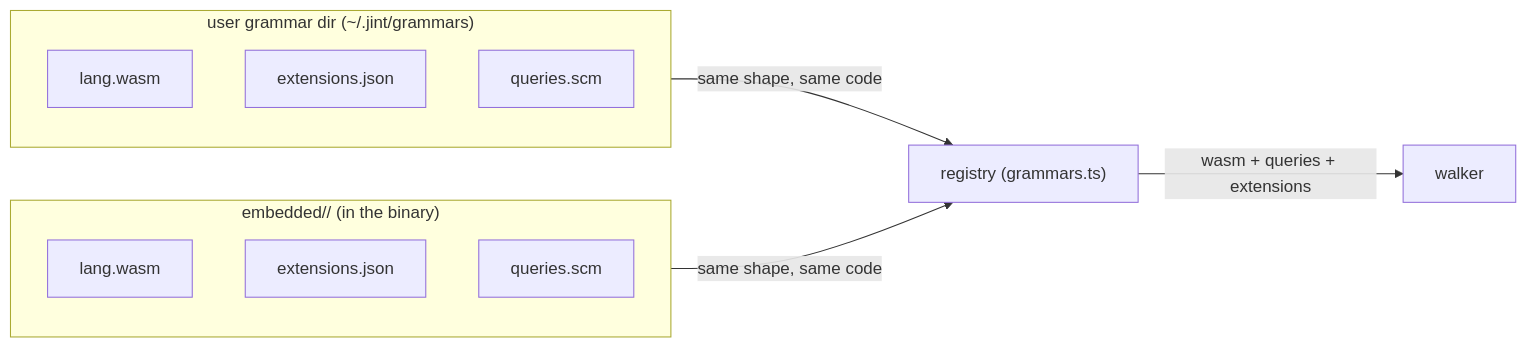
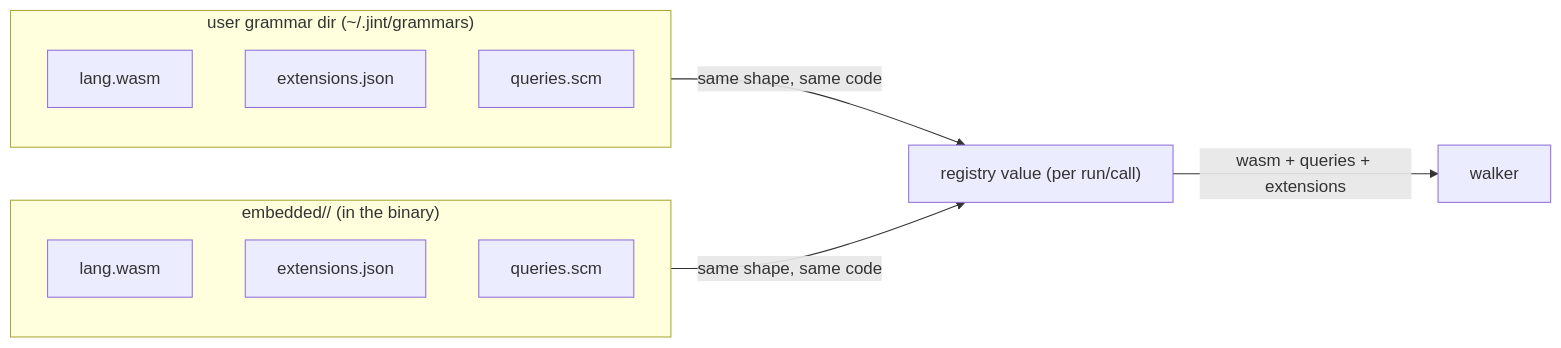
One commit to sedulustech/jint changed the first of 2 diagrams in docs/designs/grammar-loading.md. Above: the diagram before and after it, drawn with Mermaid. The commit also changed other lines of this file and 16 other files, not shown here.

````diff
--- a/docs/designs/grammar-loading.md
+++ b/docs/designs/grammar-loading.md
@@ -42,17 +43,17 @@
 ```mermaid 60
 flowchart LR
   subgraph user["user grammar dir (~/.jint/grammars)"]
     UW["lang.wasm"]
     UE["extensions.json"]
     US["queries.scm"]
   end
   subgraph emb["embedded/<lang>/ (in the binary)"]
     EW["lang.wasm"]
     EE["extensions.json"]
     ES["queries.scm"]
   end
-  REG["registry (grammars.ts)"]
+  REG["registry value (per run/call)"]
   user -- "same shape, same code" --> REG
   emb -- "same shape, same code" --> REG
   REG -- "wasm + queries + extensions" --> W["walker"]
 ```
````
